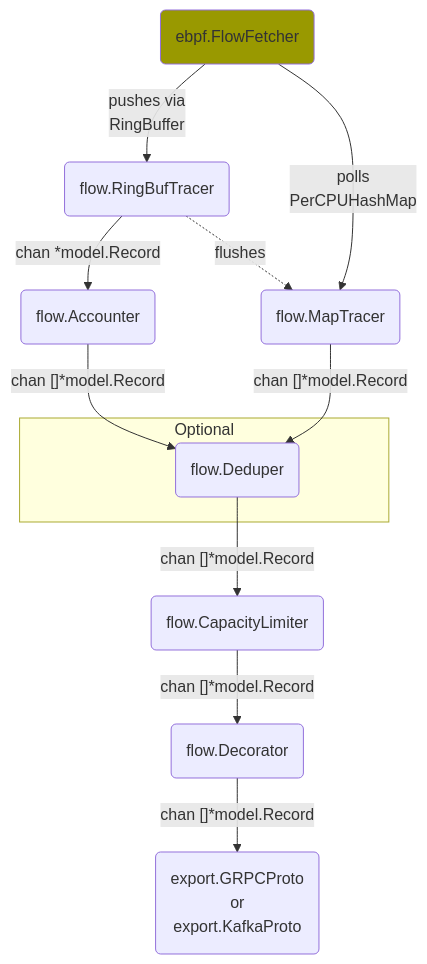
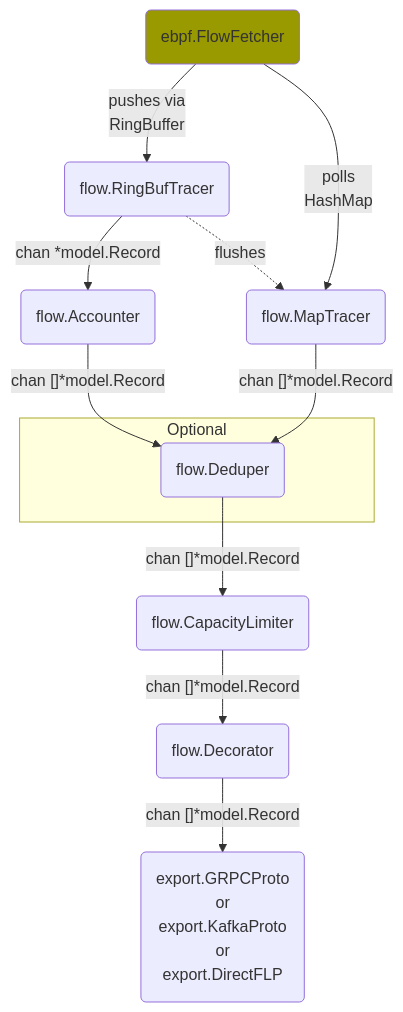
One commit to netobserv/netobserv-ebpf-agent changed the diagram in docs/architecture.md. Above: the diagram before and after it, drawn with Mermaid.

Commit message:
update architecture doc

````diff
--- a/docs/architecture.md
+++ b/docs/architecture.md
@@ -9,21 +9,21 @@
 ```mermaid
 flowchart TD
     E(ebpf.FlowFetcher) --> |"pushes via<br/>RingBuffer"| RB(flow.RingBufTracer)
     style E fill:#990
 
-    E --> |"polls<br/>PerCPUHashMap"| M(flow.MapTracer)
+    E --> |"polls<br/>HashMap"| M(flow.MapTracer)
     RB --> |chan *model.Record| ACC(flow.Accounter)
     RB -.-> |flushes| M
     ACC --> |"chan []*model.Record"| DD(flow.Deduper)
     M --> |"chan []*model.Record"| DD
 
     subgraph Optional
         DD
     end
 
     DD --> |"chan []*model.Record"| CL(flow.CapacityLimiter)
 
     CL --> |"chan []*model.Record"| DC(flow.Decorator)
     
-    DC --> |"chan []*model.Record"| EX("export.GRPCProto<br/>or<br/>export.KafkaProto")
+    DC --> |"chan []*model.Record"| EX("export.GRPCProto<br/>or<br/>export.KafkaProto<br/>or<br/>export.DirectFLP")
 ```
````
